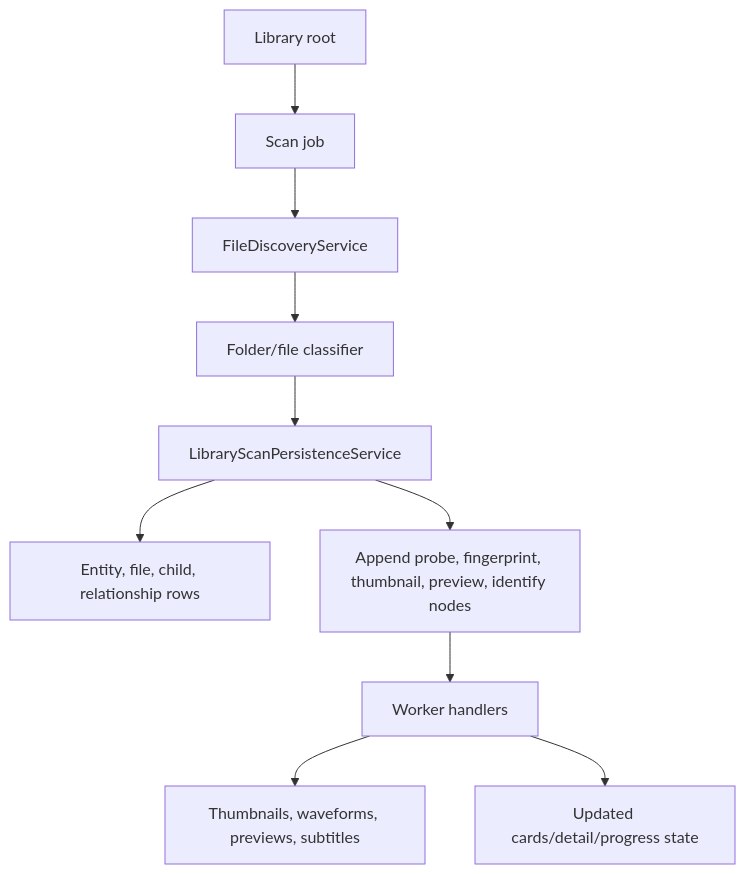
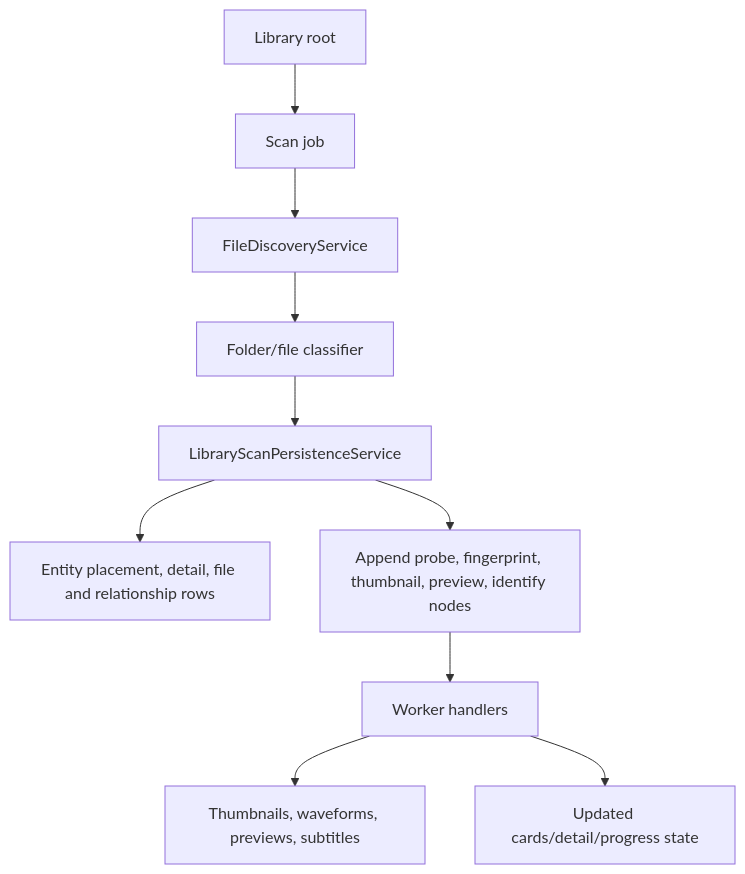
Before and after one commit to pauljoda/Prismedia: the tenth of 12 diagrams in documentation-site/docs/developers/codebase-flow.md, drawn with Mermaid. The commit also changed other lines of this file and 5 other files, not shown here.

Commit message:
docs: map entity definitions and data flow

````diff
--- a/documentation-site/docs/developers/codebase-flow.md
+++ b/documentation-site/docs/developers/codebase-flow.md
@@ -297,12 +297,12 @@
 ```mermaid
 flowchart TD
   Root["Library root"] --> ScanJob["Scan job"]
   ScanJob --> Discovery["FileDiscoveryService"]
   Discovery --> Classifier["Folder/file classifier"]
   Classifier --> Upsert["LibraryScanPersistenceService"]
-  Upsert --> EntityRows["Entity, file, child, relationship rows"]
+  Upsert --> EntityRows["Entity placement, detail, file and relationship rows"]
   Upsert --> Downstream["Append probe, fingerprint, thumbnail, preview, identify nodes"]
   Downstream --> Workers["Worker handlers"]
   Workers --> GeneratedAssets["Thumbnails, waveforms, previews, subtitles"]
   Workers --> UpdatedDetail["Updated cards/detail/progress state"]
 ```
````
